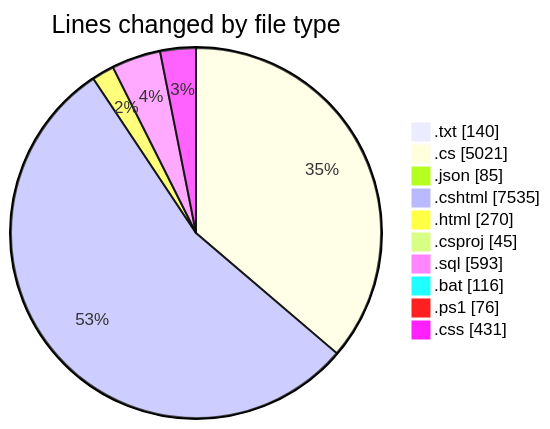
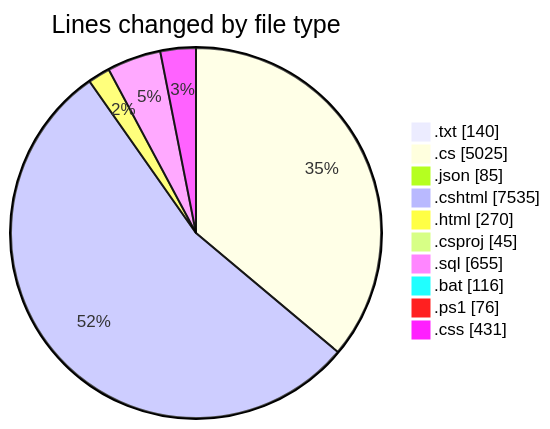
Before and after one commit to lephambinh05/code-tracking: the first of 2 diagrams in 2025-07-27/quanlyrapchieuphim-1/README.md, drawn with Mermaid. The commit also changed other lines of this file and 1 other file, not shown here.

````diff
--- a/2025-07-27/quanlyrapchieuphim-1/README.md
+++ b/2025-07-27/quanlyrapchieuphim-1/README.md
@@ -72,14 +73,14 @@
 ```mermaid
 pie showData
 title Lines changed by file type
 ".txt" : 140
-".cs" : 5021
+".cs" : 5025
 ".json" : 85
 ".cshtml" : 7535
 ".html" : 270
 ".csproj" : 45
-".sql" : 593
+".sql" : 655
 ".bat" : 116
 ".ps1" : 76
 ".css" : 431
 ```
````
